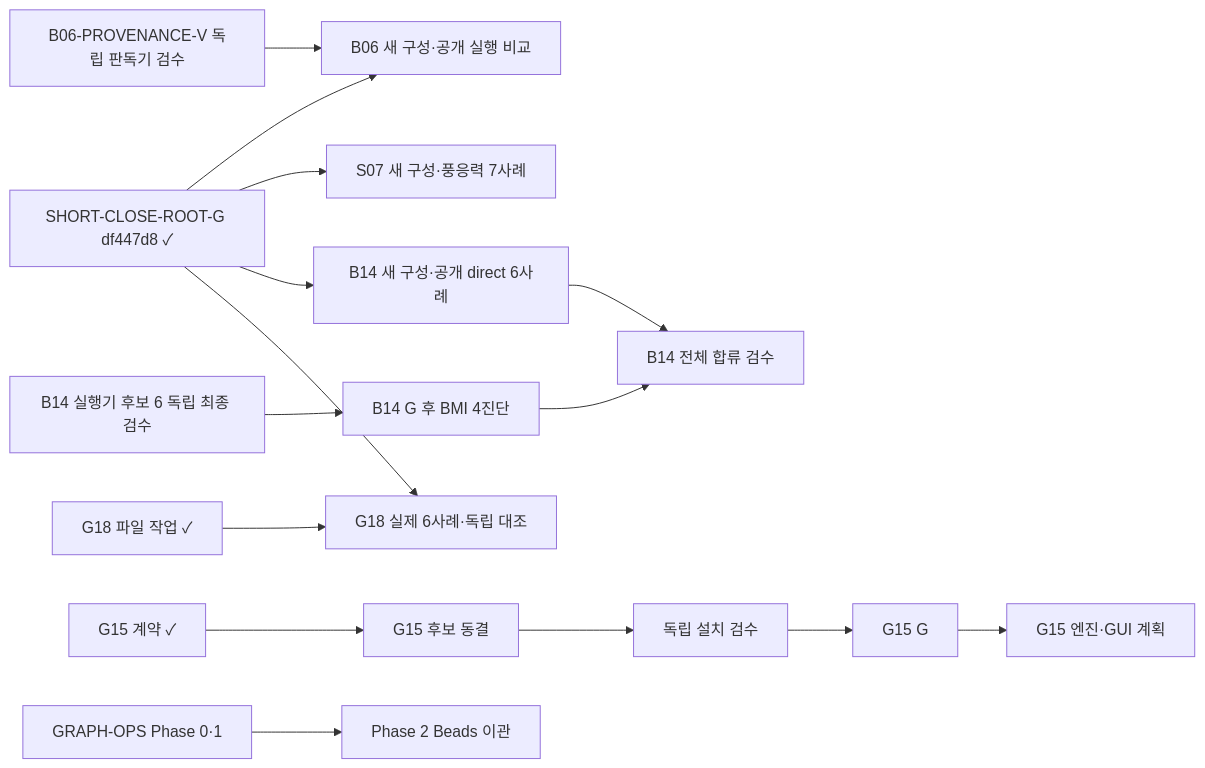
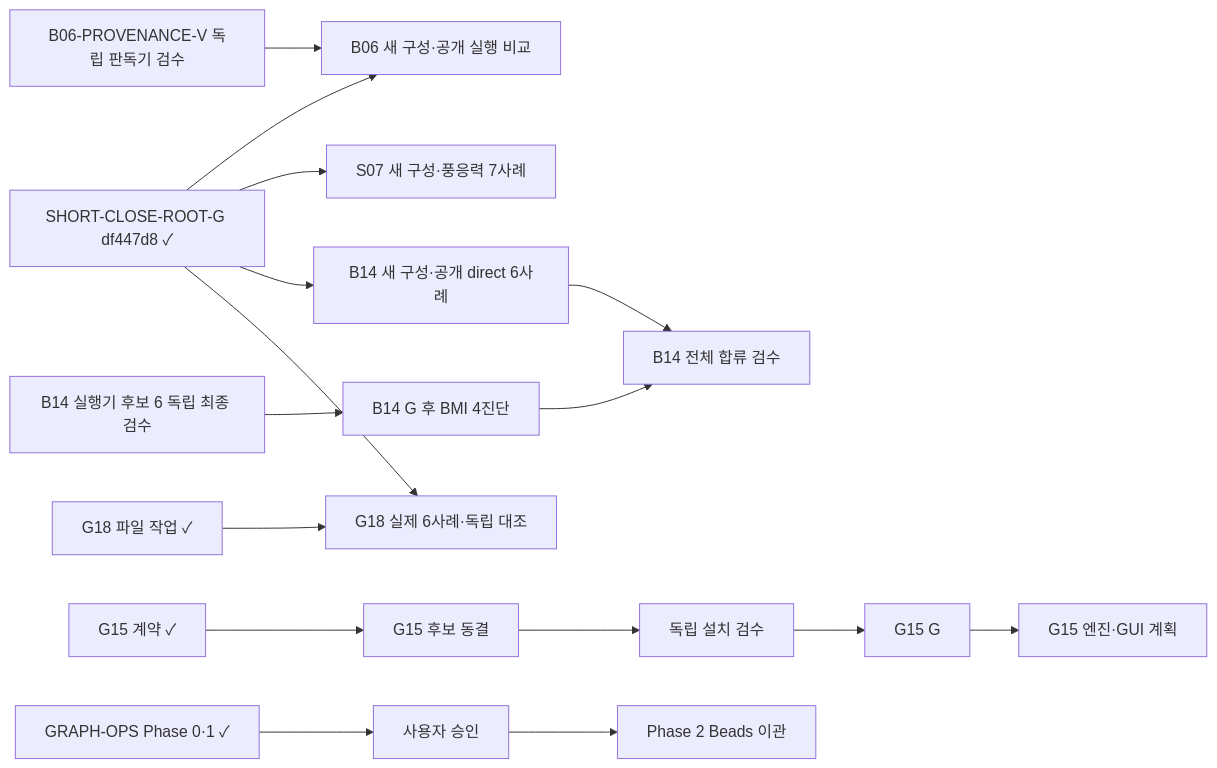
One commit to mossyantler/delft3d-fm-cli changed the diagram in DELIVERY.md. Above: the diagram before and after it, drawn with Mermaid. The commit also changed other lines of this file and 5 other files, not shown here.

First line of the commit message:
docs(GRAPH-OPS-P0P1): report Phase 0 inventory and isolated Beads trial

````diff
--- a/DELIVERY.md
+++ b/DELIVERY.md
@@ -43,14 +43,14 @@
 ```mermaid
 flowchart LR
     RG[SHORT-CLOSE-ROOT-G df447d8 ✓] --> B06R[B06 새 구성·공개 실행 비교]
     B06P[B06-PROVENANCE-V 독립 판독기 검수] --> B06R
     RG --> S07[S07 새 구성·풍응력 7사례]
     RG --> BD[B14 새 구성·공개 direct 6사례]
     BV[B14 실행기 후보 6 독립 최종 검수] --> BG[B14 G 후 BMI 4진단]
     BG --> BA[B14 전체 합류 검수]
     BD --> BA
     RG --> GN[G18 실제 6사례·독립 대조]
     GF[G18 파일 작업 ✓] --> GN
     TC[G15 계약 ✓] --> TI[G15 후보 동결] --> TV[독립 설치 검수] --> TG[G15 G] --> TP[G15 엔진·GUI 계획]
-    P0[GRAPH-OPS Phase 0·1] --> P2[Phase 2 Beads 이관]
+    P0[GRAPH-OPS Phase 0·1 ✓] --> PA[사용자 승인] --> P2[Phase 2 Beads 이관]
 ```
````
